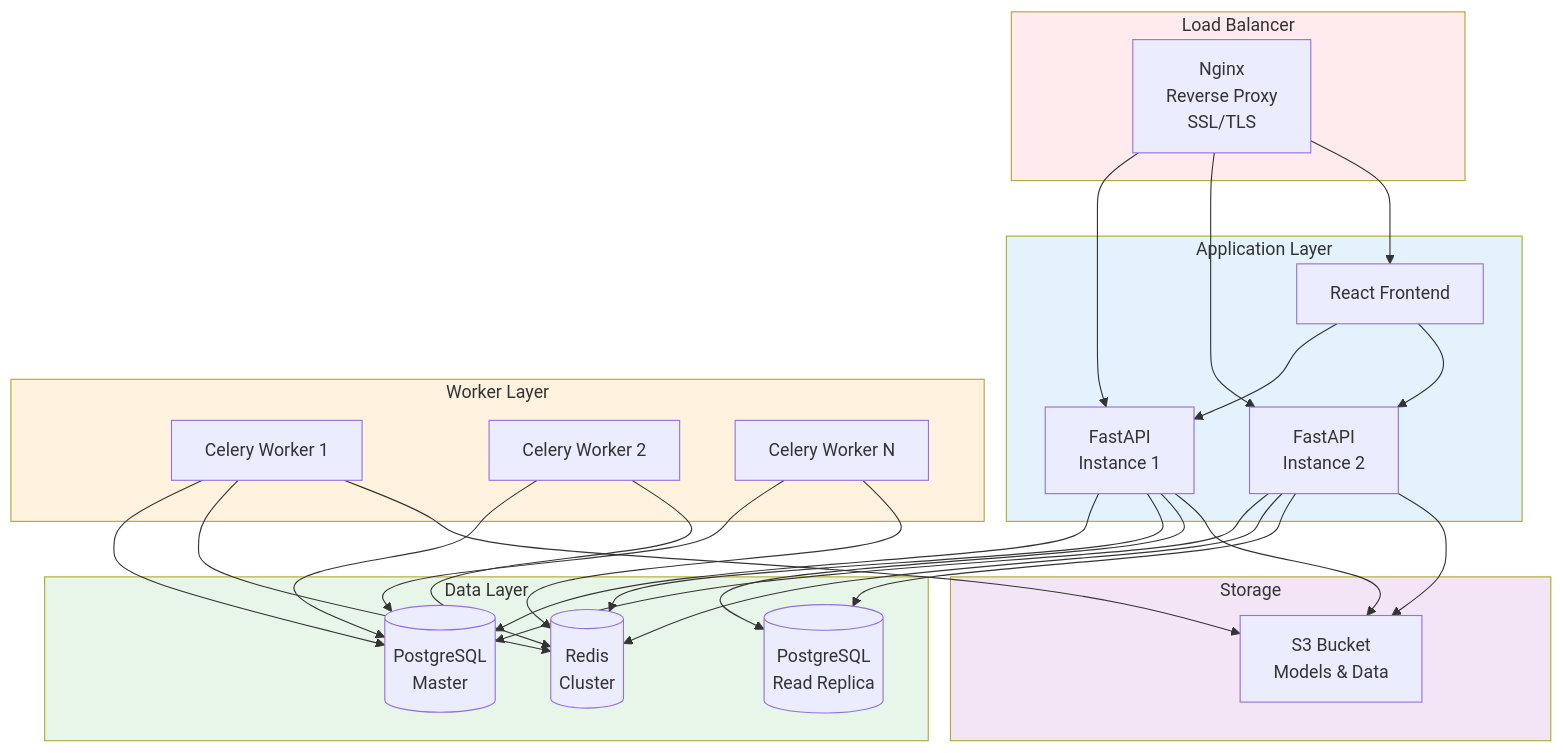
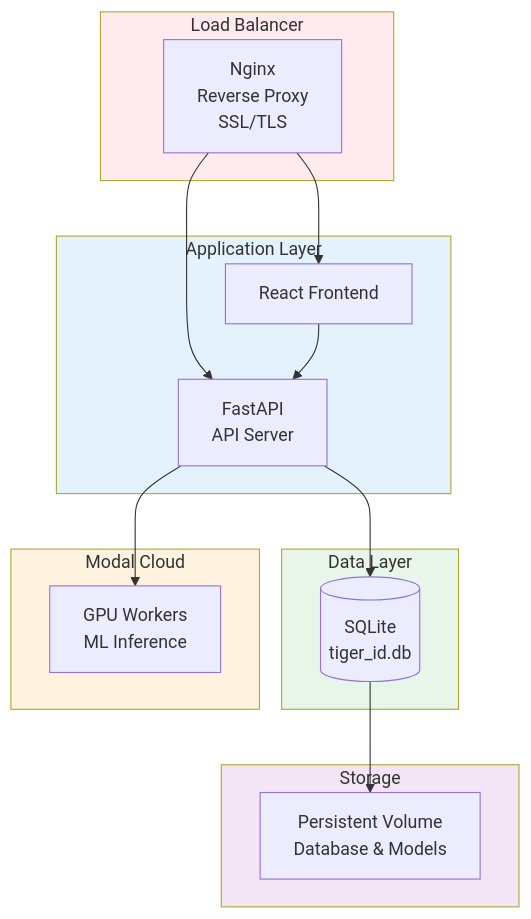
One commit to Ark-Ntech/Tiger-ID changed the ninth of 11 diagrams in docs/ARCHITECTURE.md. Above: the diagram before and after it, drawn with Mermaid. The commit also changed other lines of this file and 875 other files, not shown here.

````diff
--- a/docs/ARCHITECTURE.md
+++ b/docs/ARCHITECTURE.md
@@ -482,58 +531,36 @@
 ```mermaid
 graph TB
     subgraph LB["Load Balancer"]
         Nginx[Nginx<br/>Reverse Proxy<br/>SSL/TLS]
     end
-    
+
     subgraph App["Application Layer"]
-        API1[FastAPI<br/>Instance 1]
-        API2[FastAPI<br/>Instance 2]
+        API[FastAPI<br/>API Server]
         UI[React Frontend]
     end
-    
-    subgraph Workers["Worker Layer"]
-        Worker1[Celery Worker 1]
-        Worker2[Celery Worker 2]
-        WorkerN[Celery Worker N]
+
+    subgraph Data["Data Layer"]
+        SQLite[(SQLite<br/>tiger_id.db)]
     end
-    
-    subgraph Data["Data Layer"]
-        PG[(PostgreSQL<br/>Master)]
-        PGReplica[(PostgreSQL<br/>Read Replica)]
-        Redis[(Redis<br/>Cluster)]
+
+    subgraph Modal["Modal Cloud"]
+        GPU[GPU Workers<br/>ML Inference]
     end
-    
+
     subgraph Storage["Storage"]
-        S3[S3 Bucket<br/>Models & Data]
+        Volume[Persistent Volume<br/>Database & Models]
     end
-    
-    Nginx --> API1
-    Nginx --> API2
+
+    Nginx --> API
     Nginx --> UI
-    API1 --> PG
-    API2 --> PG
-    API1 --> Redis
-    API2 --> Redis
-    UI --> API1
-    UI --> API2
-    
-    Worker1 --> PG
-    Worker2 --> PG
-    WorkerN --> PG
-    Worker1 --> Redis
-    Worker2 --> Redis
-    WorkerN --> Redis
-    
-    API1 --> PGReplica
-    API2 --> PGReplica
-    
-    API1 --> S3
-    API2 --> S3
-    Worker1 --> S3
-    
+    API --> SQLite
+    API --> GPU
+    SQLite --> Volume
+    UI --> API
+
     style LB fill:#ffebee
     style App fill:#e3f2fd
-    style Workers fill:#fff3e0
     style Data fill:#e8f5e9
+    style Modal fill:#fff3e0
     style Storage fill:#f3e5f5
 ```
````
